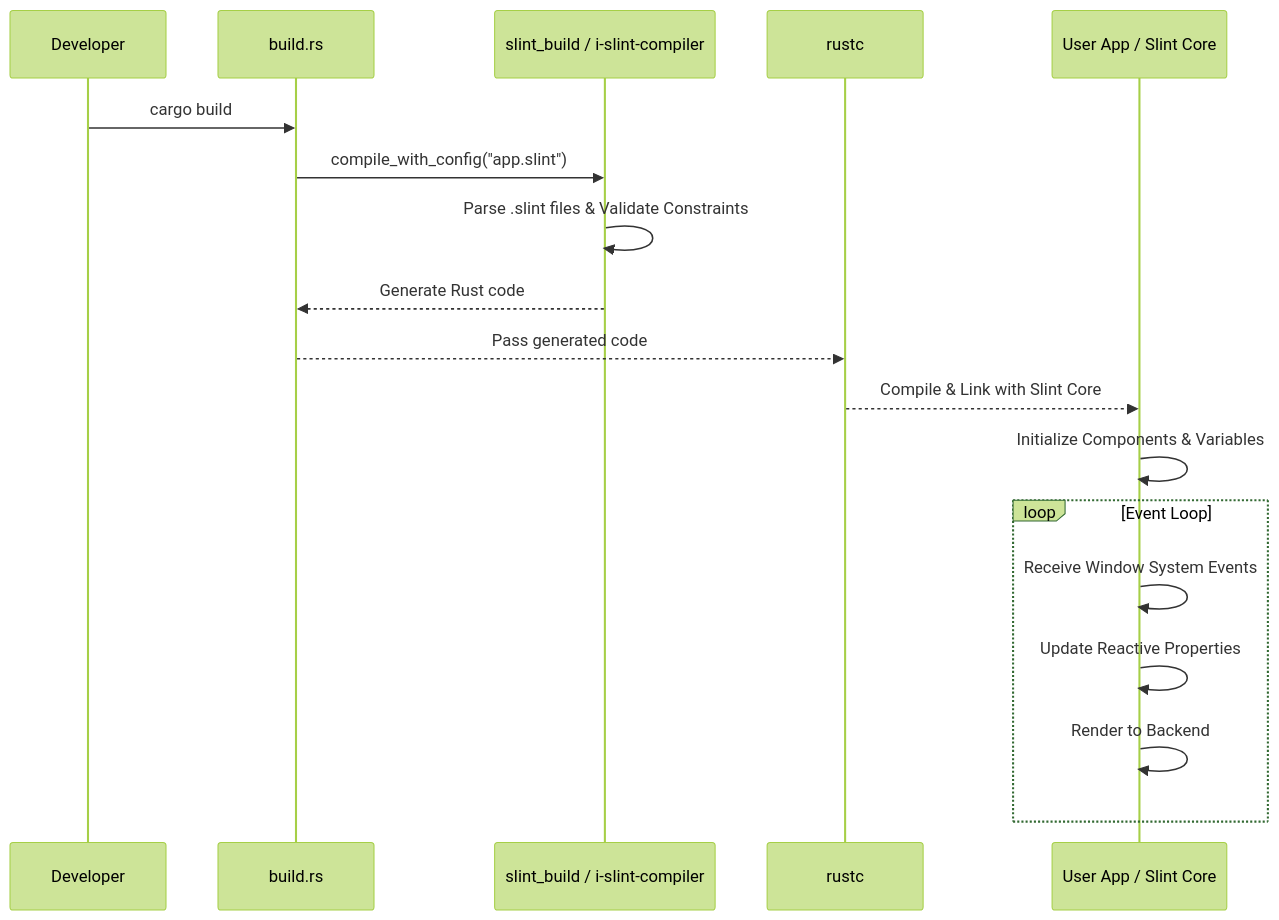
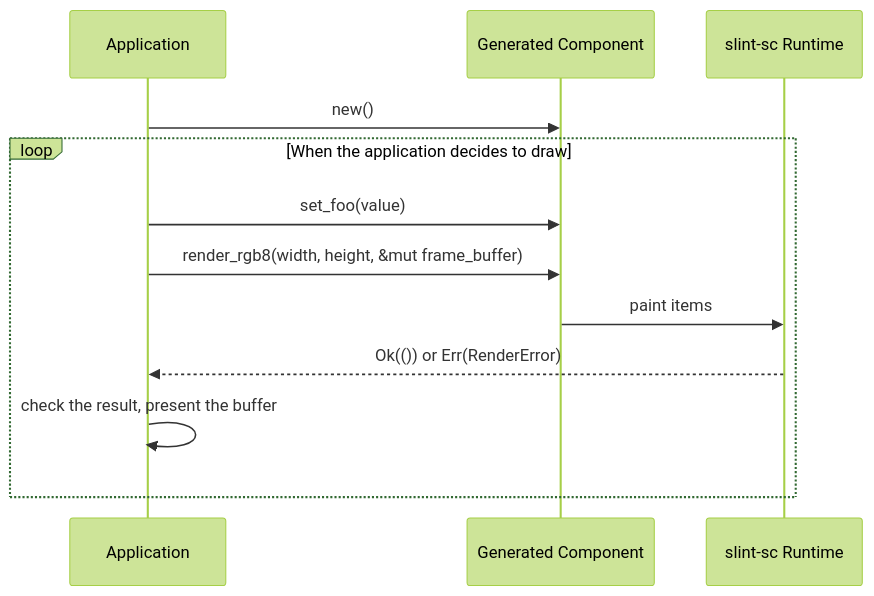
One commit to slint-ui/slint changed the second of 2 diagrams in docs/safety/src/content/docs/qualification-plan/architecture.mdx. Above: the diagram before and after it, drawn with Mermaid (forest theme). The commit also changed other lines of this file and 1 other file, not shown here.

````diff
--- a/docs/safety/src/content/docs/qualification-plan/architecture.mdx
+++ b/docs/safety/src/content/docs/qualification-plan/architecture.mdx
@@ -105,22 +100,15 @@
 ```mermaid
 sequenceDiagram
-    participant User as Developer
-    participant BuildScript as build.rs
-    participant Compiler as slint_build / i-slint-compiler
-    participant RustC as rustc
-    participant Runtime as User App / Slint Core
+    participant App as Application
+    participant Component as Generated Component
+    participant Runtime as slint-sc Runtime
 
-    User->>BuildScript: cargo build
-    BuildScript->>Compiler: compile_with_config("app.slint")
-    Compiler->>Compiler: Parse .slint files & Validate Constraints
-    Compiler-->>BuildScript: Generate Rust code
-    BuildScript-->>RustC: Pass generated code
-    RustC-->>Runtime: Compile & Link with Slint Core
-
-    Runtime->>Runtime: Initialize Components & Variables
-    loop Event Loop
-        Runtime->>Runtime: Receive Window System Events
-        Runtime->>Runtime: Update Reactive Properties
-        Runtime->>Runtime: Render to Backend
+    App->>Component: new()
+    loop When the application decides to draw
+        App->>Component: set_foo(value)
+        App->>Component: render_rgb8(width, height, &mut frame_buffer)
+        Component->>Runtime: paint items
+        Runtime-->>App: Ok(()) or Err(RenderError)
+        App->>App: check the result, present the buffer
     end
 ```
````
